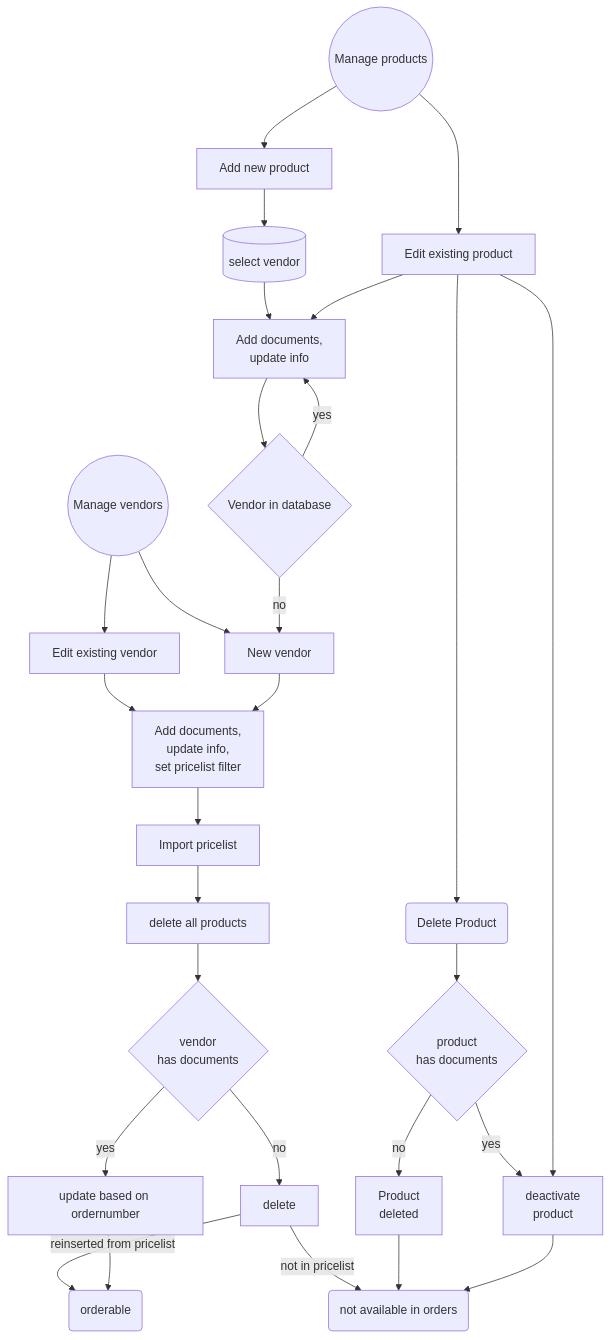
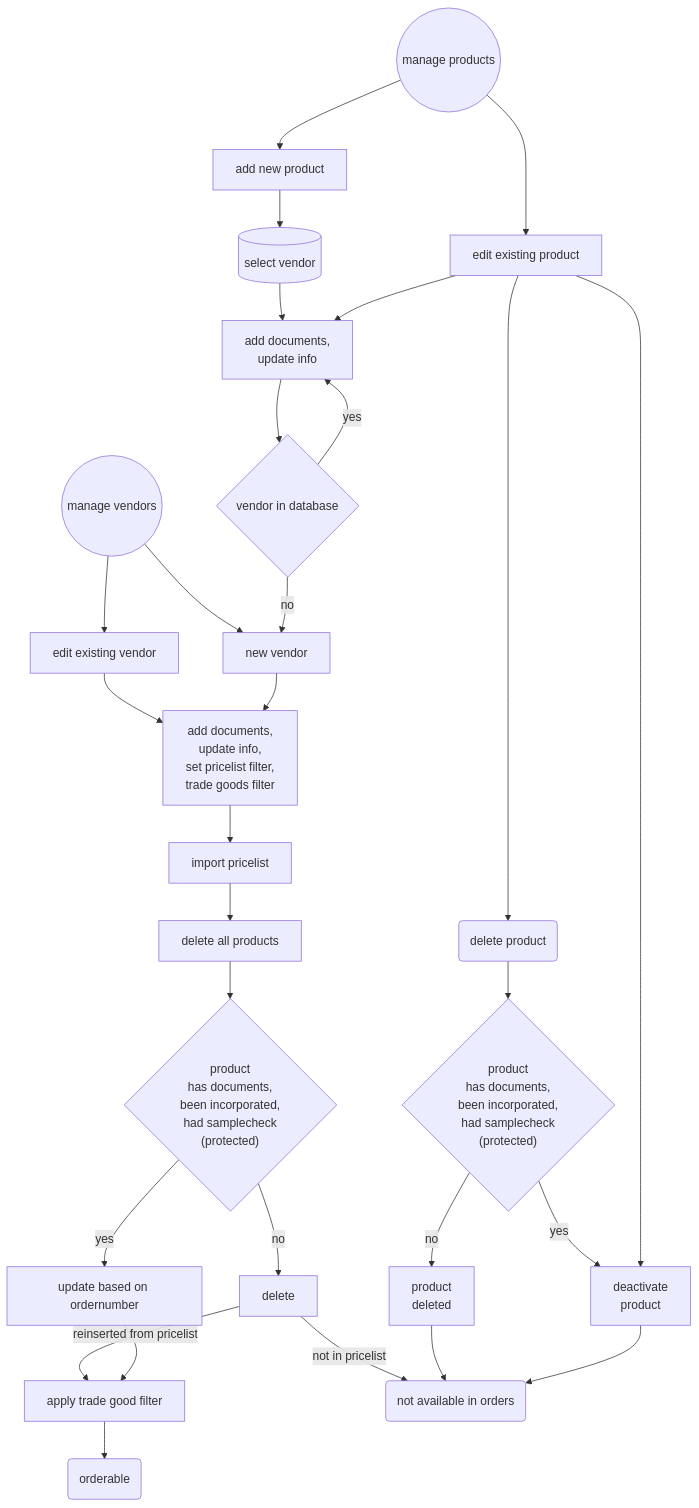
The first of 6 diagrams in flowcharts.md (erroronline1/caro), drawn with Mermaid before and after one commit. The commit also changed other lines of this file and 1 other file, not shown here.

````diff
--- a/flowcharts.md
+++ b/flowcharts.md
@@ -10,40 +11,48 @@
 ```mermaid
 graph TD;
-    manage_vendors((Manage vendors))-->edit_vendor[Edit existing vendor];
-    manage_vendors-->new_vendor[New vendor];
-    edit_vendor-->add_vinfo["Add documents,
+    manage_vendors((manage vendors))-->edit_vendor[edit existing vendor];
+    manage_vendors-->new_vendor[new vendor];
+    edit_vendor-->add_vinfo["add documents,
     update info,
-    set pricelist filter"];
+    set pricelist filter,
+    trade goods filter"];
     new_vendor-->add_vinfo;
-    add_vinfo-->import_pricelist[Import pricelist];
+    add_vinfo-->import_pricelist[import pricelist];
     import_pricelist-->delete_all_products[delete all products];
-    delete_all_products-->has_docs2{"vendor
-    has documents"};
+    delete_all_products-->has_docs2{"product
+    has documents,
+    been incorporated,
+    had samplecheck
+    (protected)"};
     has_docs2-->|yes|update[update based on ordernumber];
     has_docs2-->|no|delete[delete];
-    delete-->|reinserted from pricelist|orderable(orderable);
+    delete-->|reinserted from pricelist|apply_trade[apply trade good filter];
+    apply_trade-->orderable(orderable);
     delete-->|not in pricelist|inorderable(not available in orders)
-    update-->orderable;
+    update-->apply_trade;
 
-    manage_products((Manage products))-->edit_product[Edit existing product];
-    manage_products-->add_product[Add new product];
+    manage_products((manage products))-->edit_product[edit existing product];
+    manage_products-->add_product[add new product];
     add_product-->select_vendor[(select vendor)];
     select_vendor-->add_pinfo["Add documents,
     update info"];
     add_pinfo-->known_vendor;
 
-    edit_product-->add_pinfo["Add documents,
+    edit_product-->add_pinfo["add documents,
     update info"];
-    known_vendor{Vendor in database}-->|yes|add_pinfo;
+    known_vendor{vendor in database}-->|yes|add_pinfo;
     known_vendor-->|no|new_vendor
-    edit_product-->delete_product(Delete Product);
+    edit_product-->delete_product(delete product);
     delete_product-->has_docs{"product
-    has documents"};
-    has_docs-->|no|product_deleted["Product
+    has documents,
+    been incorporated,
+    had samplecheck
+    (protected)"};
+    has_docs-->|no|product_deleted["product
     deleted"];
     has_docs-->|yes|product_inactive["deactivate
     product"]
     product_deleted-->inorderable;
     product_inactive-->inorderable;
     edit_product-->product_inactive;
 ```
````
